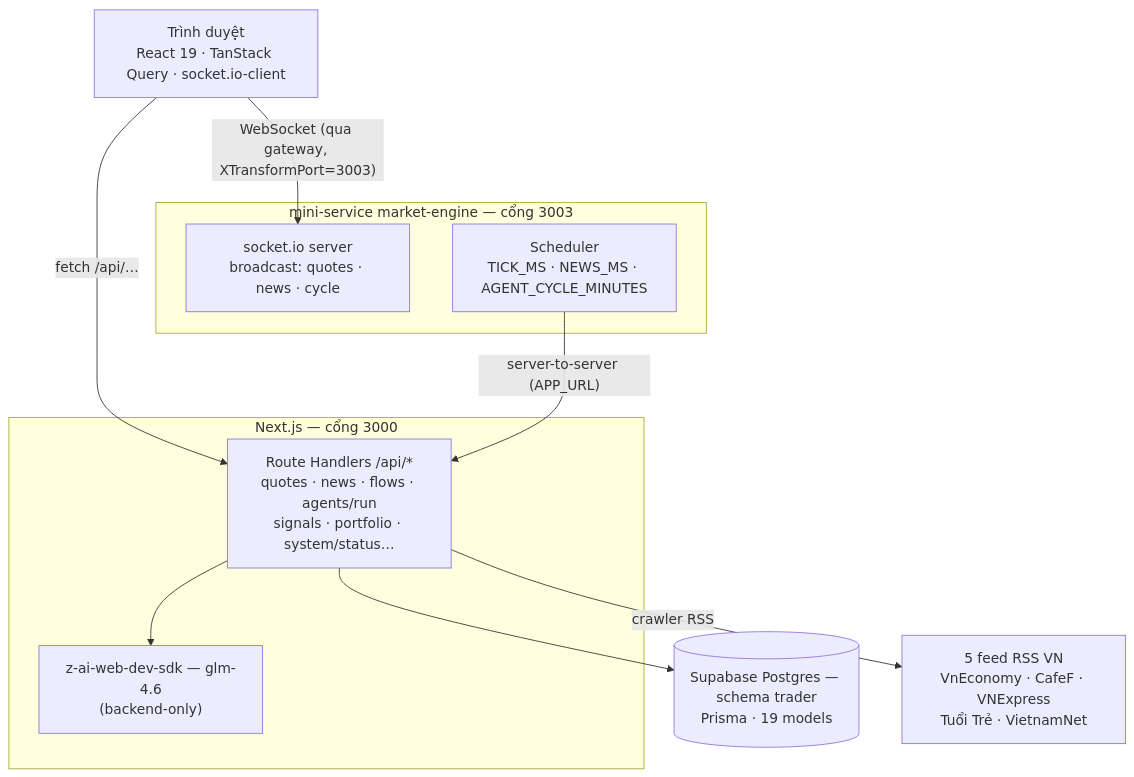
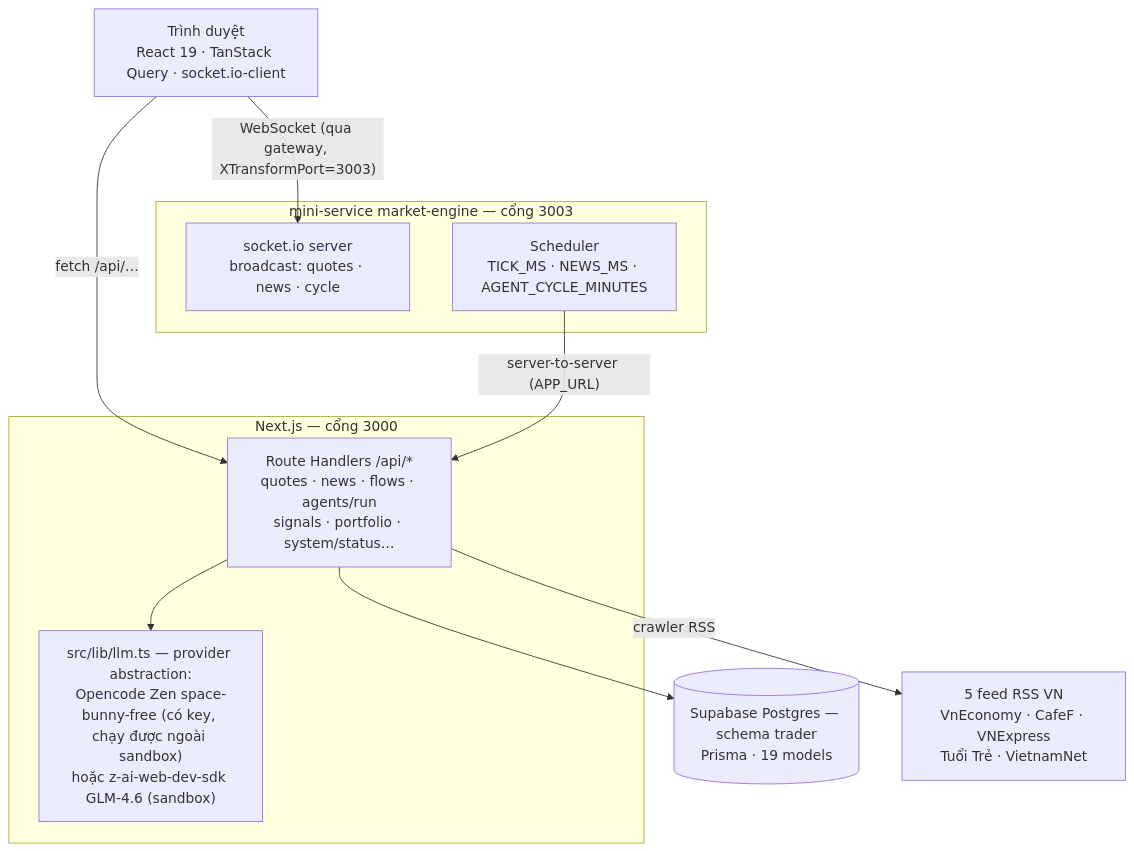
The diagram in README.md (nguyenquocviety2c-code/THE-TRADER), drawn with Mermaid before and after one commit. The commit also changed other lines of this file and 17 other files, not shown here.

Commit message:
feat(llm): provider abstraction — Opencode Zen space-bunny-free (chạy được ngoài sandbox) + GLM-4.6 sandbox qua env; 3 route agent dùng 1 cổng; UI model động + khối llm API; docs/README/.env.example — E2E verified

````diff
--- a/README.md
+++ b/README.md
@@ -31,25 +31,25 @@
 ```mermaid
 flowchart TB
     Browser["Trình duyệt\nReact 19 · TanStack Query · socket.io-client"]
 
     subgraph App["Next.js — cổng 3000"]
         API["Route Handlers /api/*\nquotes · news · flows · agents/run\nsignals · portfolio · system/status…"]
-        LLM["z-ai-web-dev-sdk — glm-4.6\n(backend-only)"]
+        LLM["src/lib/llm.ts — provider abstraction:\nOpencode Zen space-bunny-free (có key, chạy được ngoài sandbox)\nhoặc z-ai-web-dev-sdk GLM-4.6 (sandbox)"]
     end
 
     DB[("Supabase Postgres — schema trader\nPrisma · 19 models")]
 
     subgraph Engine["mini-service market-engine — cổng 3003"]
         IO["socket.io server\nbroadcast: quotes · news · cycle"]
         SCHED["Scheduler\nTICK_MS · NEWS_MS · AGENT_CYCLE_MINUTES"]
     end
 
     RSS["5 feed RSS VN\nVnEconomy · CafeF · VNExpress\nTuổi Trẻ · VietnamNet"]
 
     Browser -- "fetch /api/…" --> API
     Browser -- "WebSocket (qua gateway, XTransformPort=3003)" --> IO
     API --> DB
     SCHED -- "server-to-server (APP_URL)" --> API
     API --> LLM
     API -- "crawler RSS" --> RSS
 ```
````
